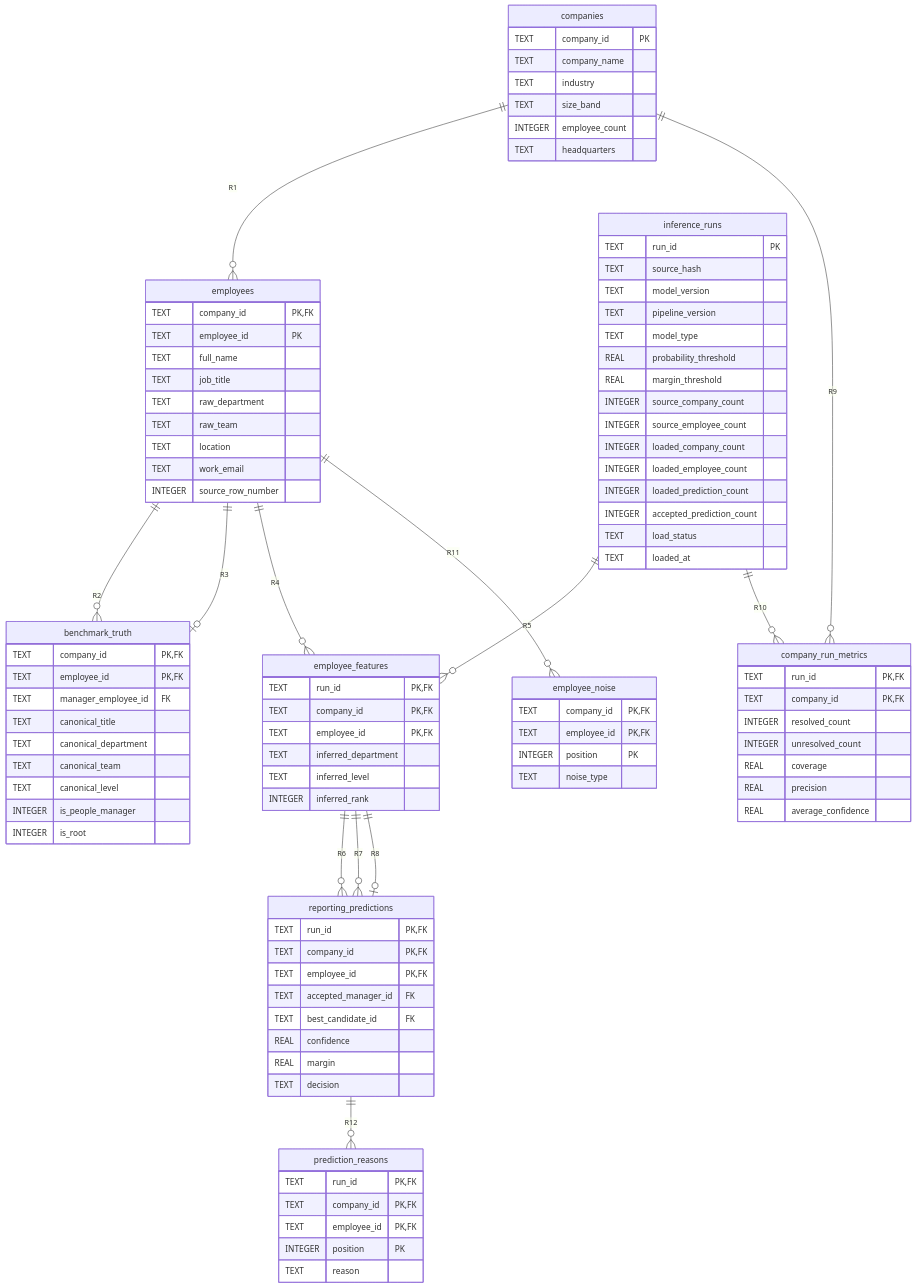
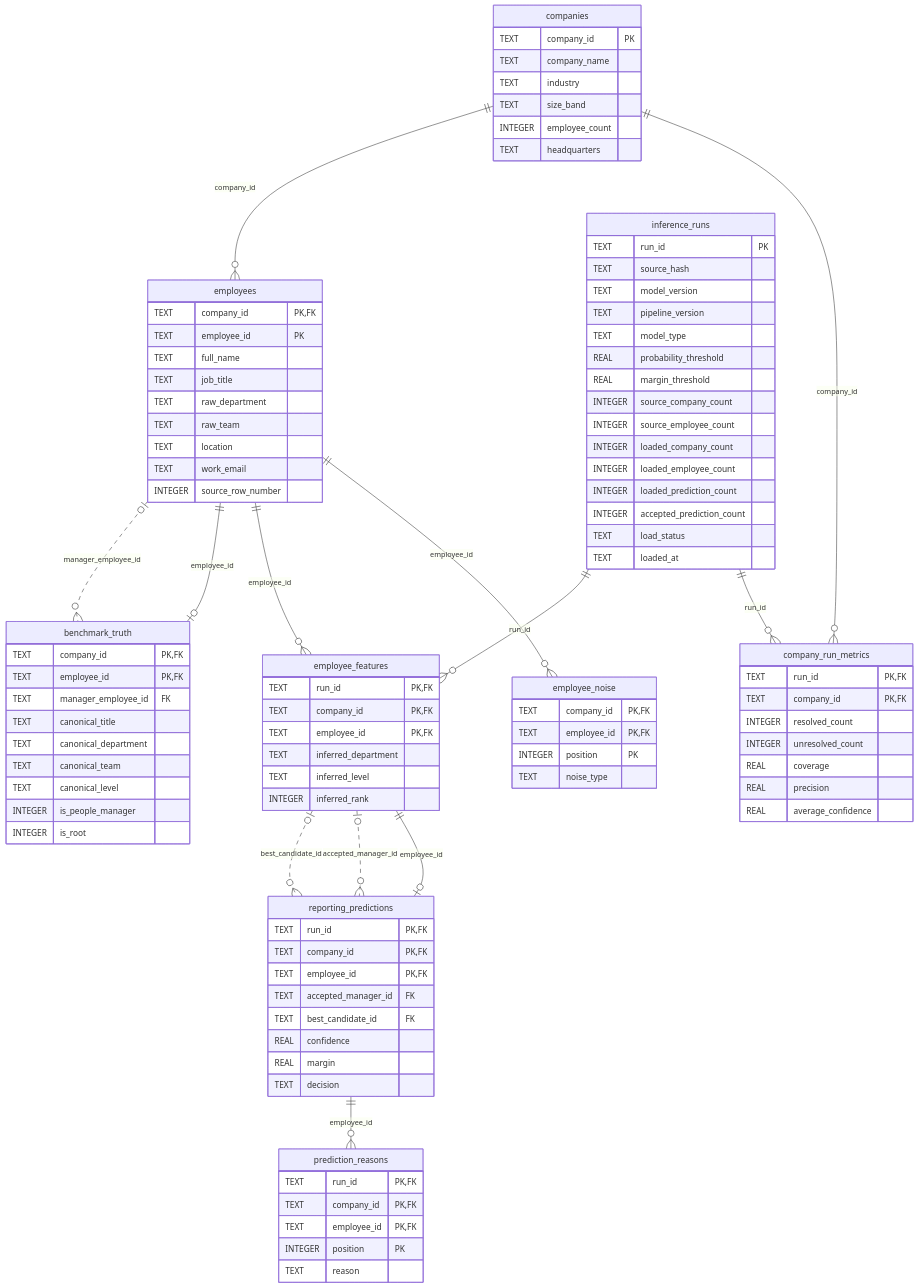
Before and after one commit to meet2712/orggraph-python: the diagram in public/database-erd.mmd, drawn with Mermaid. The commit also changed 7 other files, not shown here.

Commit message:
Show complete database ER diagram with standard cardinality notation

```diff
--- a/public/database-erd.mmd
+++ b/public/database-erd.mmd
@@ -1,100 +1,100 @@
 erDiagram
     companies {
         TEXT company_id PK
         TEXT company_name 
         TEXT industry 
         TEXT size_band 
         INTEGER employee_count 
         TEXT headquarters 
     }
     employees {
         TEXT company_id PK,FK
         TEXT employee_id PK
         TEXT full_name 
         TEXT job_title 
         TEXT raw_department 
         TEXT raw_team 
         TEXT location 
         TEXT work_email 
         INTEGER source_row_number 
     }
     benchmark_truth {
         TEXT company_id PK,FK
         TEXT employee_id PK,FK
         TEXT manager_employee_id FK
         TEXT canonical_title 
         TEXT canonical_department 
         TEXT canonical_team 
         TEXT canonical_level 
         INTEGER is_people_manager 
         INTEGER is_root 
     }
     inference_runs {
         TEXT run_id PK
         TEXT source_hash 
         TEXT model_version 
         TEXT pipeline_version 
         TEXT model_type 
         REAL probability_threshold 
         REAL margin_threshold 
         INTEGER source_company_count 
         INTEGER source_employee_count 
         INTEGER loaded_company_count 
         INTEGER loaded_employee_count 
         INTEGER loaded_prediction_count 
         INTEGER accepted_prediction_count 
         TEXT load_status 
         TEXT loaded_at 
     }
     employee_features {
         TEXT run_id PK,FK
         TEXT company_id PK,FK
         TEXT employee_id PK,FK
         TEXT inferred_department 
         TEXT inferred_level 
         INTEGER inferred_rank 
     }
     reporting_predictions {
         TEXT run_id PK,FK
         TEXT company_id PK,FK
         TEXT employee_id PK,FK
         TEXT accepted_manager_id FK
         TEXT best_candidate_id FK
         REAL confidence 
         REAL margin 
         TEXT decision 
     }
     company_run_metrics {
         TEXT run_id PK,FK
         TEXT company_id PK,FK
         INTEGER resolved_count 
         INTEGER unresolved_count 
         REAL coverage 
         REAL precision 
         REAL average_confidence 
     }
     employee_noise {
         TEXT company_id PK,FK
         TEXT employee_id PK,FK
         INTEGER position PK
         TEXT noise_type 
     }
     prediction_reasons {
         TEXT run_id PK,FK
         TEXT company_id PK,FK
         TEXT employee_id PK,FK
         INTEGER position PK
         TEXT reason 
     }
-    companies ||--o{ employees : R1
-    employees ||--o{ benchmark_truth : R2
-    employees ||--o| benchmark_truth : R3
-    employees ||--o{ employee_features : R4
-    inference_runs ||--o{ employee_features : R5
-    employee_features ||--o{ reporting_predictions : R6
-    employee_features ||--o{ reporting_predictions : R7
-    employee_features ||--o| reporting_predictions : R8
-    companies ||--o{ company_run_metrics : R9
-    inference_runs ||--o{ company_run_metrics : R10
-    employees ||--o{ employee_noise : R11
-    reporting_predictions ||--o{ prediction_reasons : R12
+    companies ||--o{ employees : company_id
+    employees |o..o{ benchmark_truth : manager_employee_id
+    employees ||--o| benchmark_truth : employee_id
+    employees ||--o{ employee_features : employee_id
+    inference_runs ||--o{ employee_features : run_id
+    employee_features |o..o{ reporting_predictions : best_candidate_id
+    employee_features |o..o{ reporting_predictions : accepted_manager_id
+    employee_features ||--o| reporting_predictions : employee_id
+    companies ||--o{ company_run_metrics : company_id
+    inference_runs ||--o{ company_run_metrics : run_id
+    employees ||--o{ employee_noise : employee_id
+    reporting_predictions ||--o{ prediction_reasons : employee_id
```
